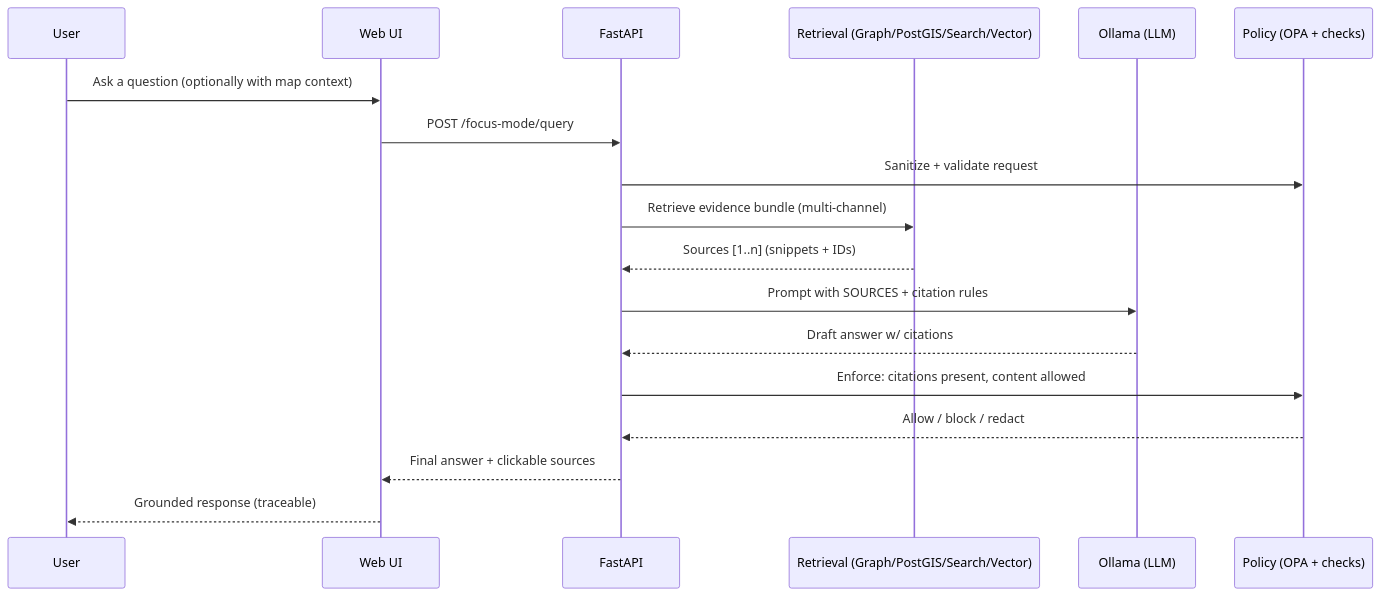
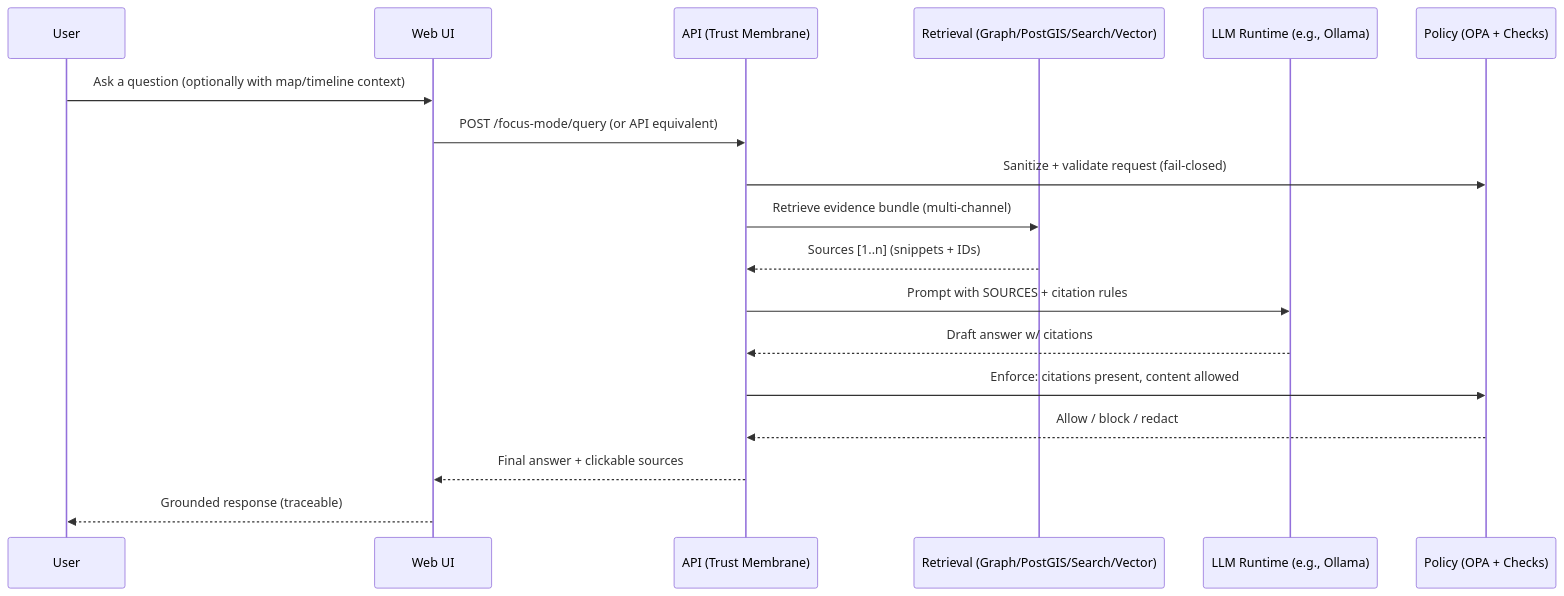
The second of 2 diagrams in README.md (bartytime4life/Kansas-Frontier-Matrix), drawn with Mermaid before and after one commit. The commit also changed other lines of this file, not shown here.

````diff
--- a/README.md
+++ b/README.md
@@ -243,21 +342,21 @@
 ```mermaid
 sequenceDiagram
   participant U as User
   participant UI as Web UI
-  participant API as FastAPI
+  participant API as API (Trust Membrane)
   participant R as Retrieval (Graph/PostGIS/Search/Vector)
-  participant LLM as Ollama (LLM)
-  participant P as Policy (OPA + checks)
+  participant LLM as LLM Runtime (e.g., Ollama)
+  participant P as Policy (OPA + Checks)
 
-  U->>UI: Ask a question (optionally with map context)
-  UI->>API: POST /focus-mode/query
-  API->>P: Sanitize + validate request
+  U->>UI: Ask a question (optionally with map/timeline context)
+  UI->>API: POST /focus-mode/query (or API equivalent)
+  API->>P: Sanitize + validate request (fail-closed)
   API->>R: Retrieve evidence bundle (multi-channel)
   R-->>API: Sources [1..n] (snippets + IDs)
   API->>LLM: Prompt with SOURCES + citation rules
   LLM-->>API: Draft answer w/ citations
   API->>P: Enforce: citations present, content allowed
   P-->>API: Allow / block / redact
   API-->>UI: Final answer + clickable sources
   UI-->>U: Grounded response (traceable)
 ```
````
